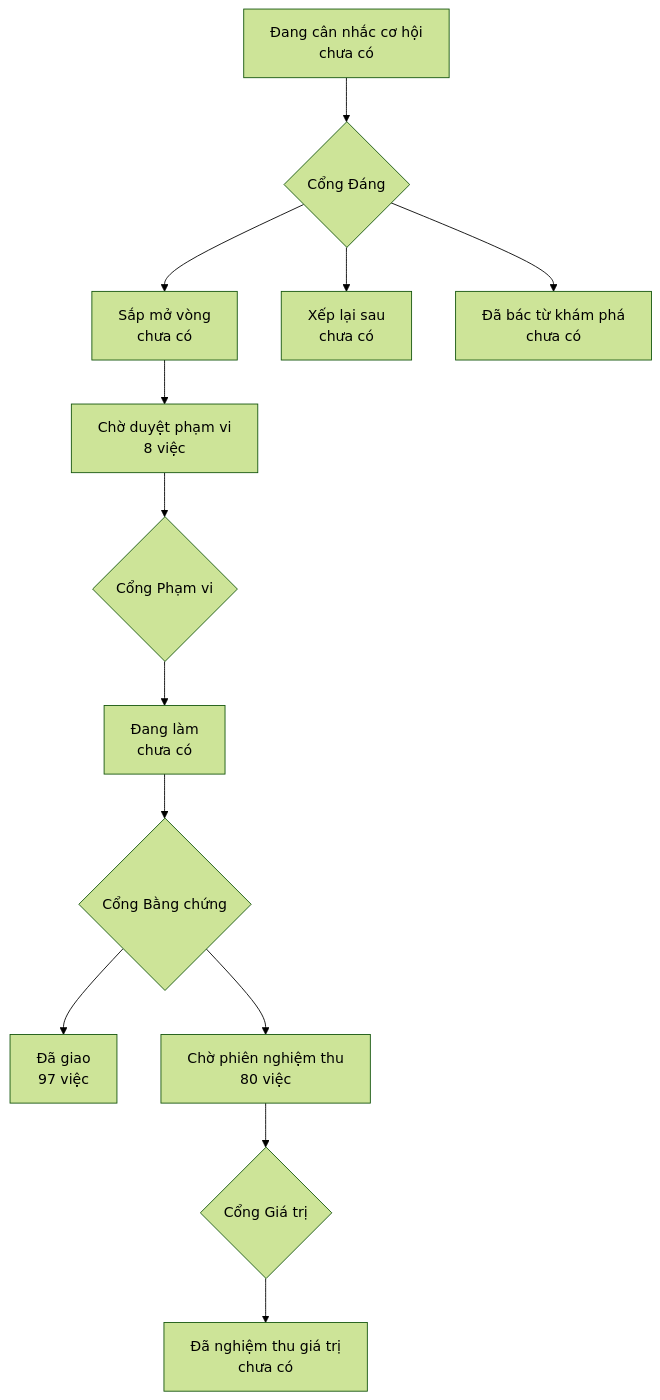
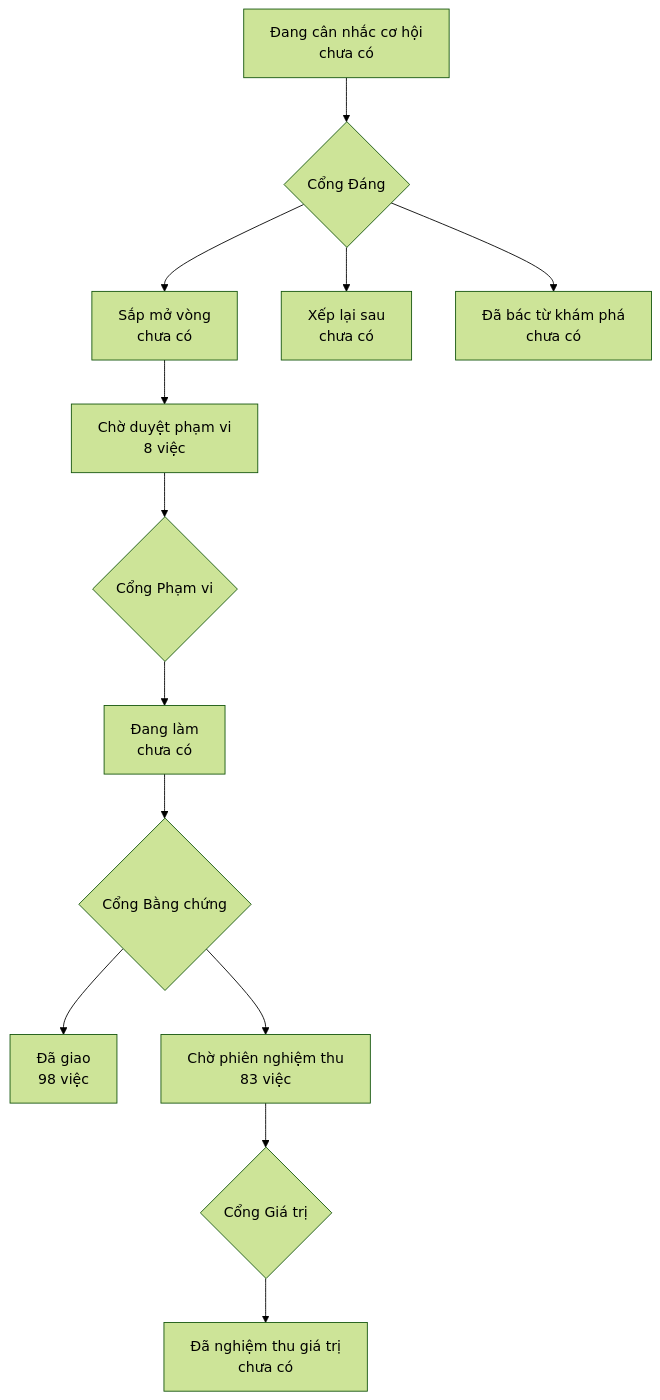
One commit to phanlemanh/onehub-invest changed the diagram in PRODUCT-MAP.md. Above: the diagram before and after it, drawn with Mermaid (forest theme). The commit also changed other lines of this file and 1 other file, not shown here.

Commit message:
chore: vẽ lại bản đồ sau gộp main

````diff
--- a/PRODUCT-MAP.md
+++ b/PRODUCT-MAP.md
@@ -7,12 +7,12 @@
 ```mermaid
 flowchart TD
   A["Đang cân nhắc cơ hội<br/>chưa có"] --> GD{"Cổng Đáng"}
   GD --> B["Sắp mở vòng<br/>chưa có"]
   GD --> XL["Xếp lại sau<br/>chưa có"]
   GD --> DB["Đã bác từ khám phá<br/>chưa có"]
   B --> CD["Chờ duyệt phạm vi<br/>8 việc"] --> GP{"Cổng Phạm vi"}
   GP --> DL["Đang làm<br/>chưa có"] --> GB{"Cổng Bằng chứng"}
-  GB --> DG["Đã giao<br/>97 việc"]
-  GB --> CN["Chờ phiên nghiệm thu<br/>80 việc"] --> GG{"Cổng Giá trị"}
+  GB --> DG["Đã giao<br/>98 việc"]
+  GB --> CN["Chờ phiên nghiệm thu<br/>83 việc"] --> GG{"Cổng Giá trị"}
   GG --> NT["Đã nghiệm thu giá trị<br/>chưa có"]
 ```
````
